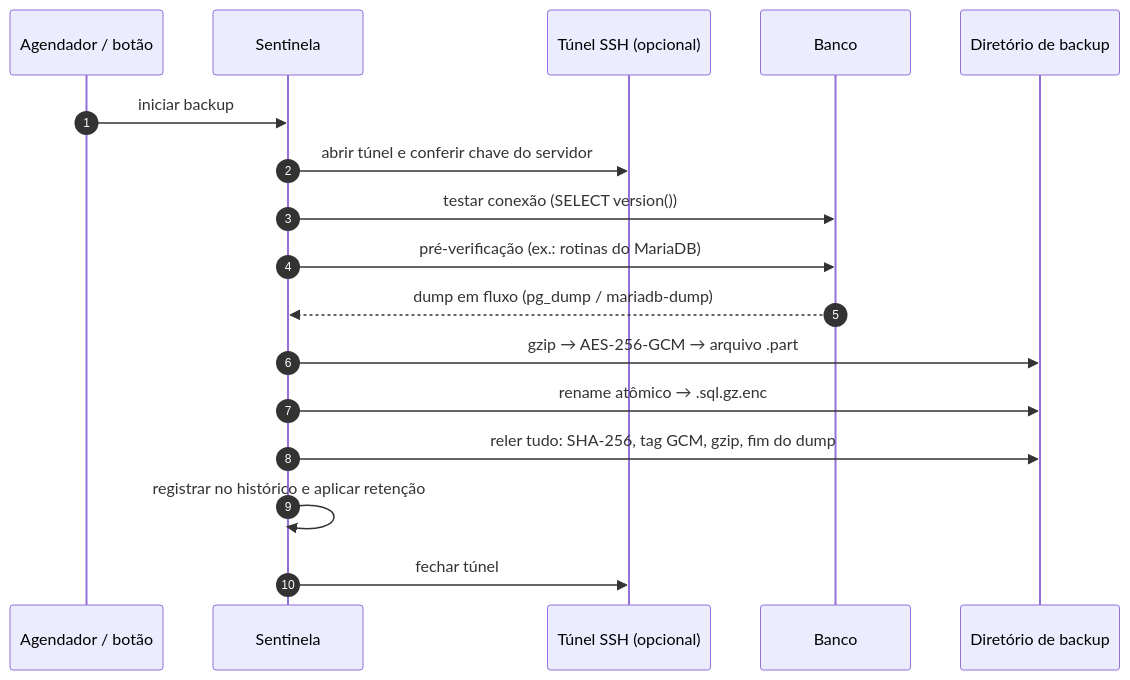
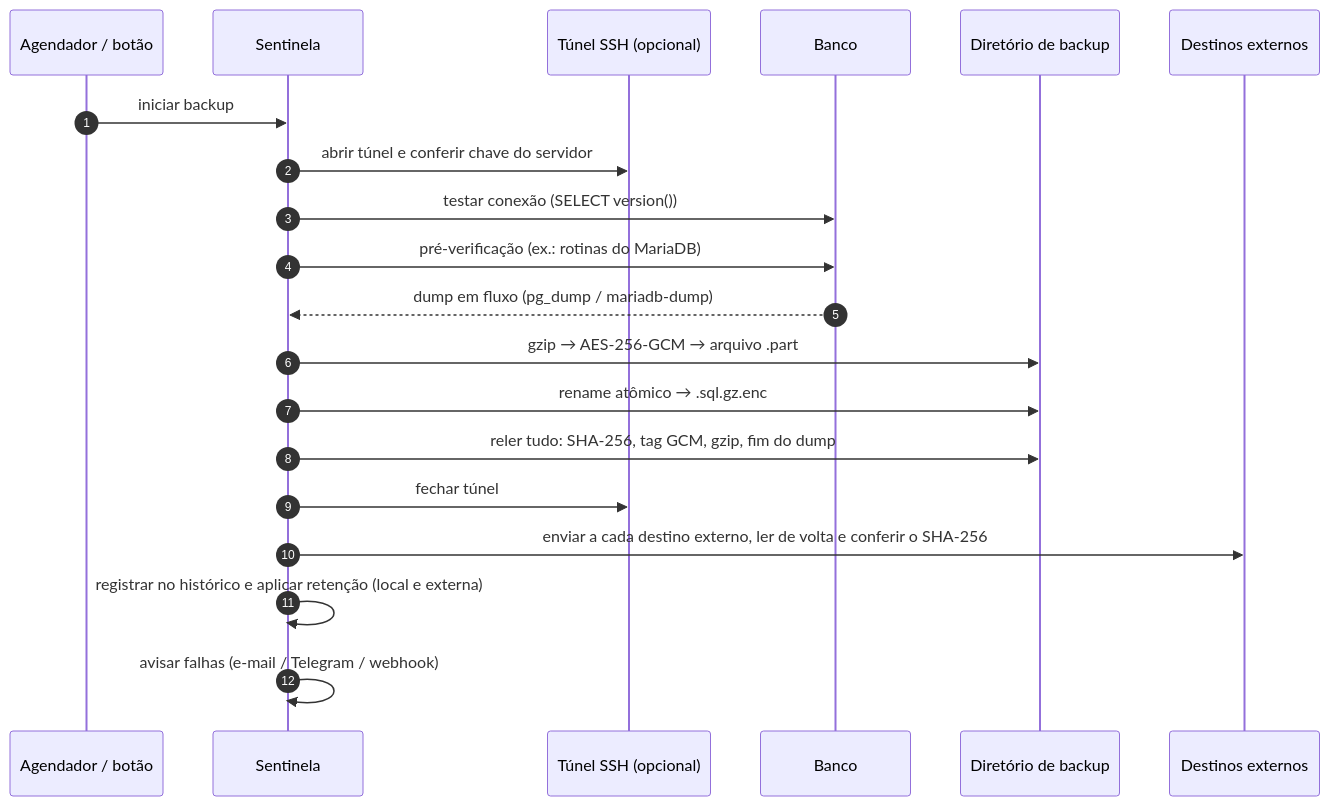
One commit to kauandeon-dev/Sentinela changed the second of 5 diagrams in README.md. Above: the diagram before and after it, drawn with Mermaid. The commit also changed other lines of this file and 26 other files, not shown here.

````diff
--- a/README.md
+++ b/README.md
@@ -108,19 +123,22 @@
 ```mermaid
 sequenceDiagram
     autonumber
     participant A as Agendador / botão
     participant E as Sentinela
     participant T as Túnel SSH (opcional)
     participant DB as Banco
     participant F as Diretório de backup
+    participant X as Destinos externos
     A->>E: iniciar backup
     E->>T: abrir túnel e conferir chave do servidor
     E->>DB: testar conexão (SELECT version())
     E->>DB: pré-verificação (ex.: rotinas do MariaDB)
     DB-->>E: dump em fluxo (pg_dump / mariadb-dump)
     E->>F: gzip → AES-256-GCM → arquivo .part
     E->>F: rename atômico → .sql.gz.enc
     E->>F: reler tudo: SHA-256, tag GCM, gzip, fim do dump
-    E->>E: registrar no histórico e aplicar retenção
     E->>T: fechar túnel
+    E->>X: enviar a cada destino externo, ler de volta e conferir o SHA-256
+    E->>E: registrar no histórico e aplicar retenção (local e externa)
+    E->>E: avisar falhas (e-mail / Telegram / webhook)
 ```
````
